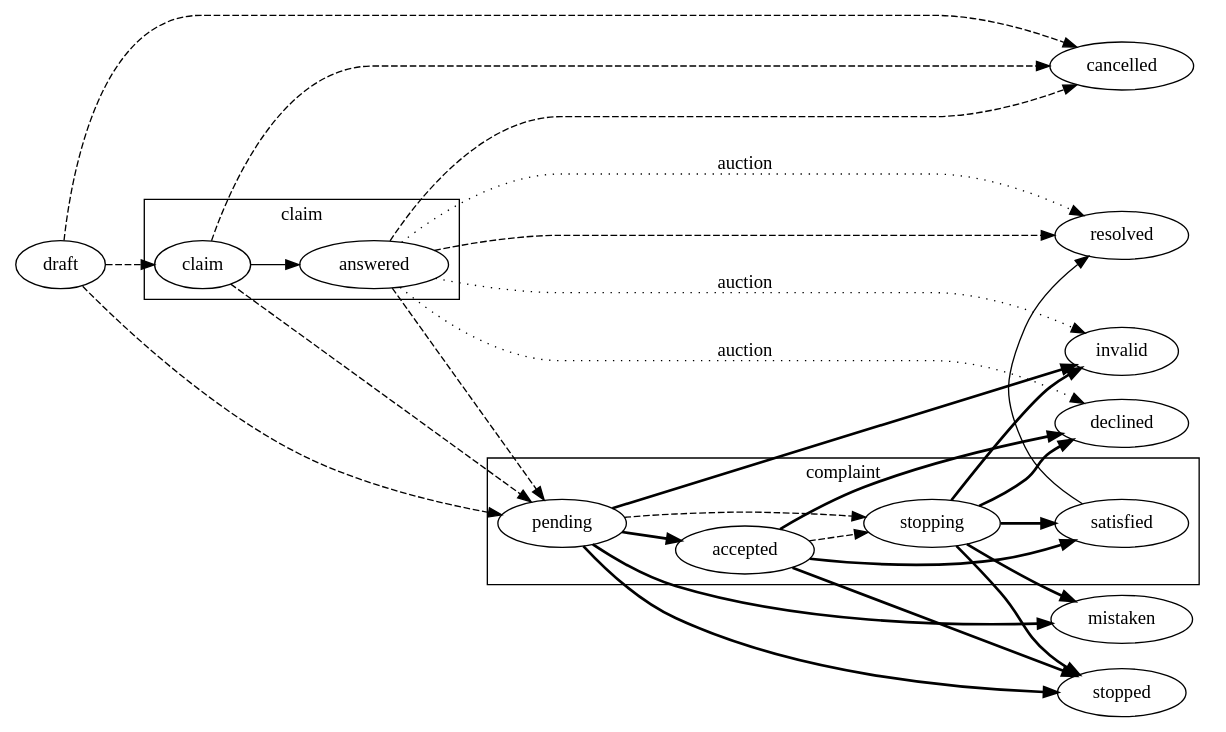
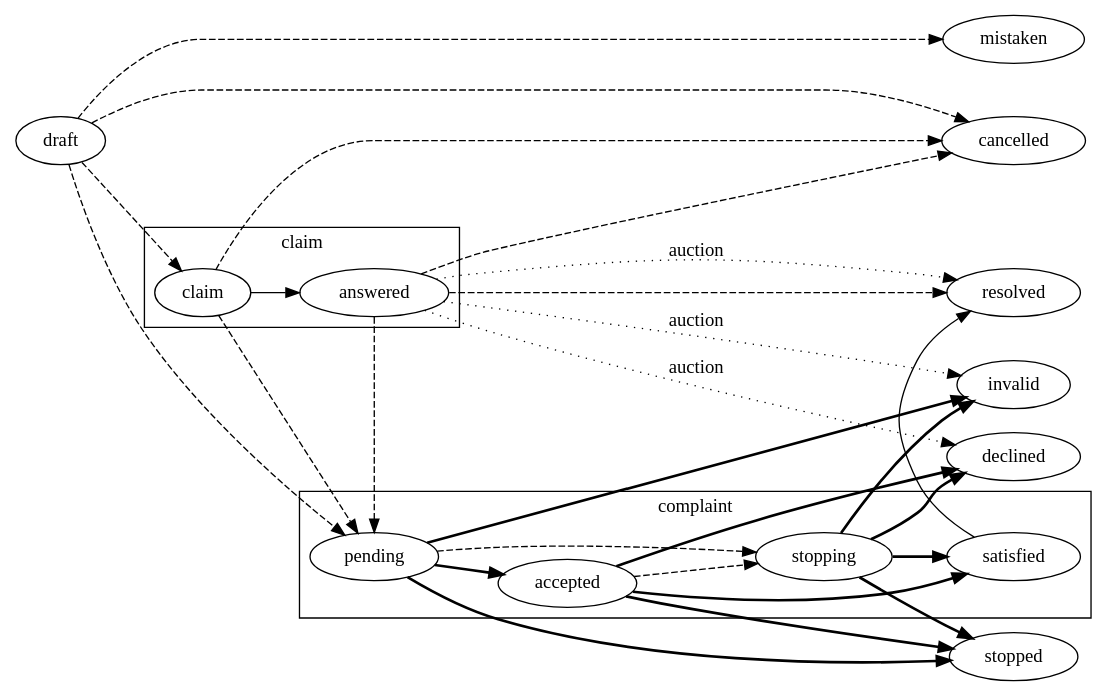
Before and after one commit to ProzorroUKR/openprocurement.api: the first of 2 diagrams in docs/source/tendering/openua/complaints.rst, drawn with Graphviz. The commit also changed other lines of this file and 189 other files, not shown here.

```diff
--- a/docs/source/tendering/openua/complaints.rst
+++ b/docs/source/tendering/openua/complaints.rst
@@ -16,30 +16,29 @@
 .. graphviz::
 
     digraph G {
         rankdir=LR;
         {rank=same; mistaken; invalid; resolved; declined; stopped; cancelled;}
         subgraph cluster_claim {
             label = "claim";
             claim; answered;
         }
         subgraph cluster_complaint {
             label = "complaint";
             pending; satisfied; accepted; stopping;
         }
         claim -> answered;
         satisfied -> resolved;
         edge[style=dashed];
         answered -> {pending,resolved};
-        draft -> {claim,pending};
+        draft -> {claim,pending,mistaken};
         claim -> pending;
         {draft,claim,answered} -> cancelled;
         pending -> stopping;
         accepted -> stopping;
         edge[style=bold];
         accepted -> {declined,satisfied,stopped};
         pending -> {accepted,invalid,stopped};
         stopping -> {stopped,invalid,declined,satisfied};
-        {pending;stopping} -> mistaken;
         edge[label="auction" style=dotted];
         answered -> {invalid,declined,resolved};
     }
```
